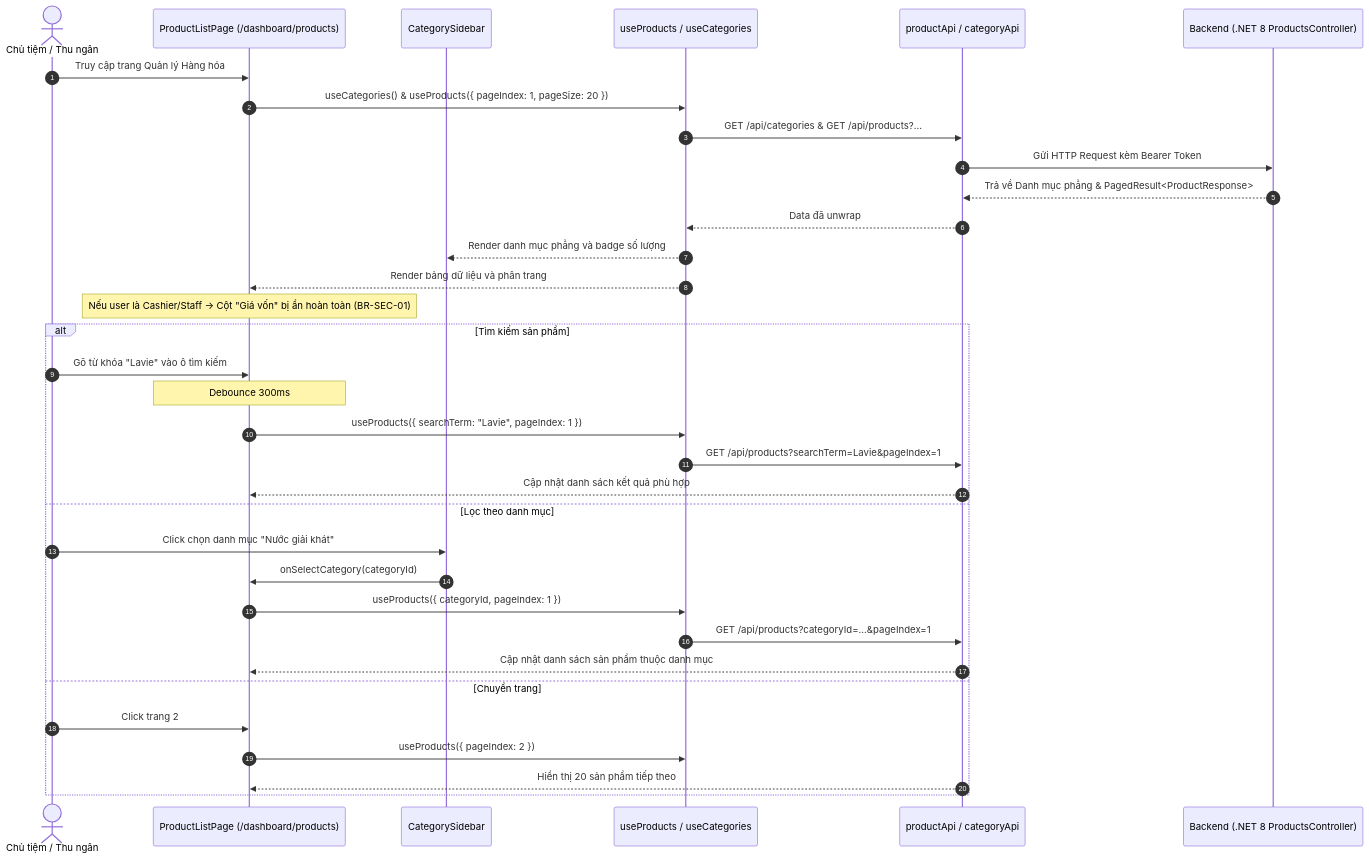
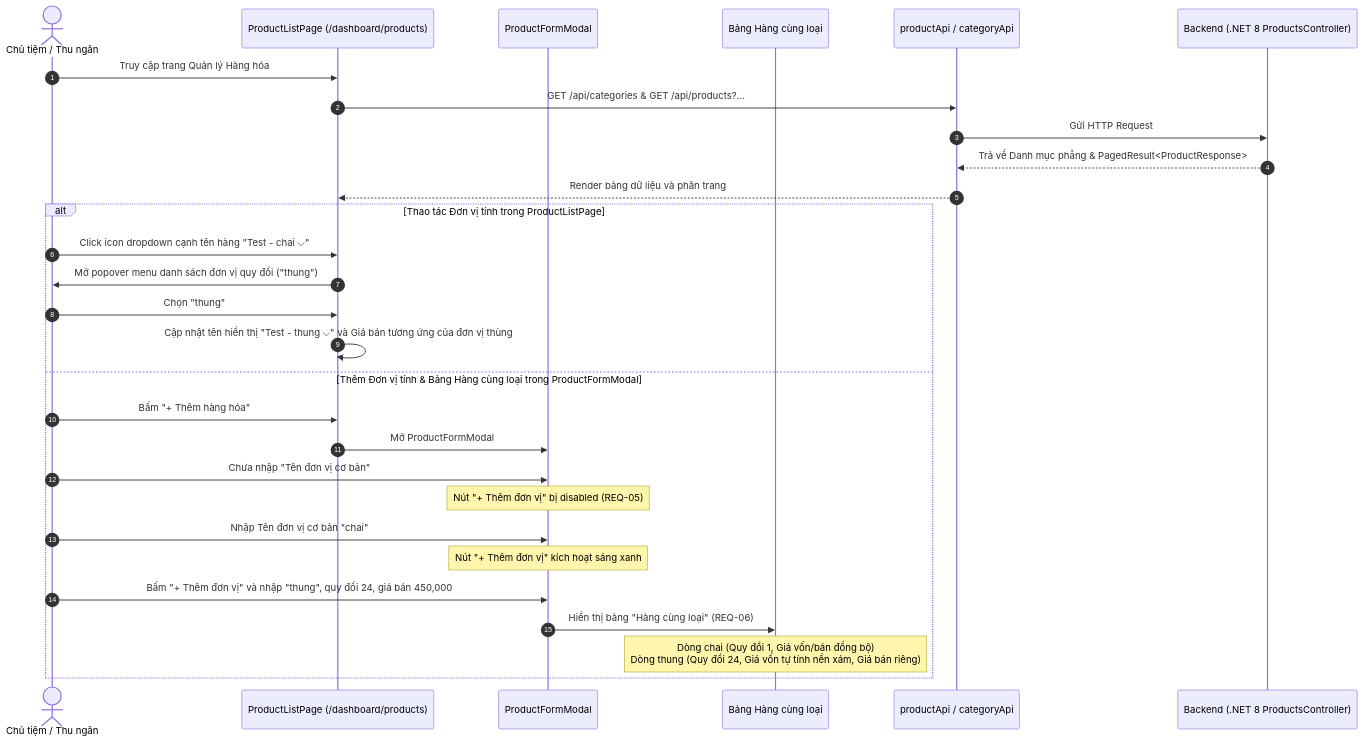
The diagram in team-ai-knowledge/openspec/changes/product-management-ui/design-brief.md (SEP490-G84-MTGRMS/ai-team-kit), drawn with Mermaid before and after one commit. The commit also changed other lines of this file and 1 other file, not shown here.

Commit message:
sep(product-management-ui): update design-brief.md

````diff
--- a/team-ai-knowledge/openspec/changes/product-management-ui/design-brief.md
+++ b/team-ai-knowledge/openspec/changes/product-management-ui/design-brief.md
@@ -6,38 +6,33 @@
 ```mermaid
 sequenceDiagram
     autonumber
     actor User as Chủ tiệm / Thu ngân
     participant UI as ProductListPage (/dashboard/products)
-    participant Side as CategorySidebar
-    participant Hook as useProducts / useCategories
+    participant Modal as ProductFormModal
+    participant Table as Bảng Hàng cùng loại
     participant API as productApi / categoryApi
     participant BE as Backend (.NET 8 ProductsController)
 
     User->>UI: Truy cập trang Quản lý Hàng hóa
-    UI->>Hook: useCategories() & useProducts({ pageIndex: 1, pageSize: 20 })
-    Hook->>API: GET /api/categories & GET /api/products?...
-    API->>BE: Gửi HTTP Request kèm Bearer Token
+    UI->>API: GET /api/categories & GET /api/products?...
+    API->>BE: Gửi HTTP Request
     BE-->>API: Trả về Danh mục phẳng & PagedResult<ProductResponse>
-    API-->>Hook: Data đã unwrap
-    Hook-->>Side: Render danh mục phẳng và badge số lượng
-    Hook-->>UI: Render bảng dữ liệu và phân trang
-    Note over UI: Nếu user là Cashier/Staff -> Cột "Giá vốn" bị ẩn hoàn toàn (BR-SEC-01)
+    API-->>UI: Render bảng dữ liệu và phân trang
 
-    alt Tìm kiếm sản phẩm
-        User->>UI: Gõ từ khóa "Lavie" vào ô tìm kiếm
-        Note over UI: Debounce 300ms
-        UI->>Hook: useProducts({ searchTerm: "Lavie", pageIndex: 1 })
-        Hook->>API: GET /api/products?searchTerm=Lavie&pageIndex=1
-        API-->>UI: Cập nhật danh sách kết quả phù hợp
-    else Lọc theo danh mục
-        User->>Side: Click chọn danh mục "Nước giải khát"
-        Side->>UI: onSelectCategory(categoryId)
-        UI->>Hook: useProducts({ categoryId, pageIndex: 1 })
-        Hook->>API: GET /api/products?categoryId=...&pageIndex=1
-        API-->>UI: Cập nhật danh sách sản phẩm thuộc danh mục
-    else Chuyển trang
-        User->>UI: Click trang 2
-        UI->>Hook: useProducts({ pageIndex: 2 })
-        API-->>UI: Hiển thị 20 sản phẩm tiếp theo
+    alt Thao tác Đơn vị tính trong ProductListPage
+        User->>UI: Click icon dropdown cạnh tên hàng "Test - chai ⌵"
+        UI->>User: Mở popover menu danh sách đơn vị quy đổi ("thung")
+        User->>UI: Chọn "thung"
+        UI->>UI: Cập nhật tên hiển thị "Test - thung ⌵" và Giá bán tương ứng của đơn vị thùng
+    else Thêm Đơn vị tính & Bảng Hàng cùng loại trong ProductFormModal
+        User->>UI: Bấm "+ Thêm hàng hóa"
+        UI->>Modal: Mở ProductFormModal
+        User->>Modal: Chưa nhập "Tên đơn vị cơ bản"
+        Note over Modal: Nút "+ Thêm đơn vị" bị disabled (REQ-05)
+        User->>Modal: Nhập Tên đơn vị cơ bản "chai"
+        Note over Modal: Nút "+ Thêm đơn vị" kích hoạt sáng xanh
+        User->>Modal: Bấm "+ Thêm đơn vị" và nhập "thung", quy đổi 24, giá bán 450,000
+        Modal->>Table: Hiển thị bảng "Hàng cùng loại" (REQ-06)
+        Note over Table: Dòng chai (Quy đổi 1, Giá vốn/bán đồng bộ)<br/>Dòng thung (Quy đổi 24, Giá vốn tự tính nền xám, Giá bán riêng)
     end
 ```
````
